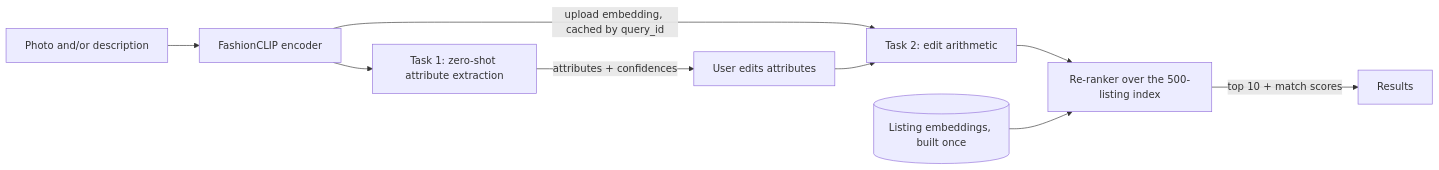
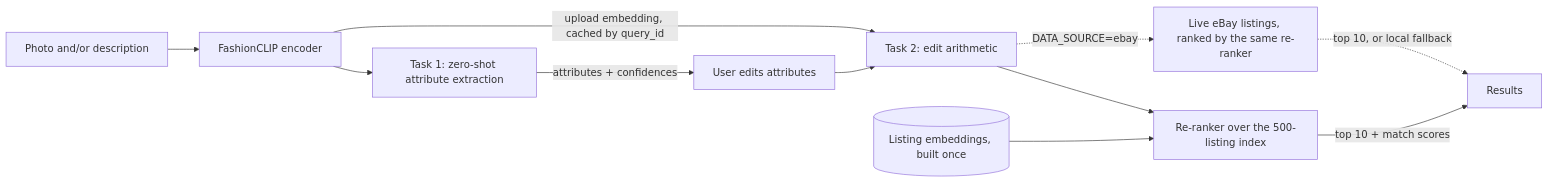
One commit to stephkmn/thrift-finder changed the diagram in docs/AI_MODEL.md. Above: the diagram before and after it, drawn with Mermaid. The commit also changed other lines of this file and 2 other files, not shown here.

Commit message:
S3-1, S3-8: update results to all 38 queries, add live eBay path and machine-dependent latency

````diff
--- a/docs/AI_MODEL.md
+++ b/docs/AI_MODEL.md
@@ -9,11 +9,13 @@
 ```mermaid
 flowchart LR
   P[Photo and/or description] --> E[FashionCLIP encoder]
   E --> X[Task 1: zero-shot attribute extraction]
   X -->|attributes + confidences| U[User edits attributes]
   E -->|upload embedding, cached by query_id| Q[Task 2: edit arithmetic]
   U --> Q
   Q --> R[Re-ranker over the 500-listing index]
   I[(Listing embeddings, built once)] --> R
   R -->|top 10 + match scores| UI[Results]
+  Q -.->|DATA_SOURCE=ebay| L[Live eBay listings, ranked by the same re-ranker]
+  L -.->|top 10, or local fallback| UI
 ```
````
